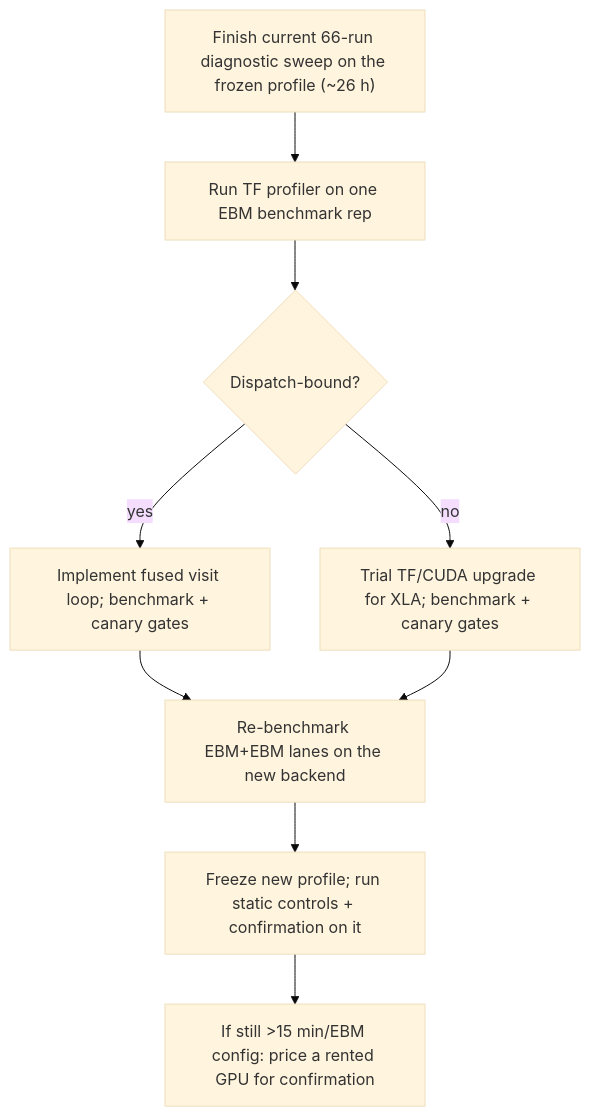
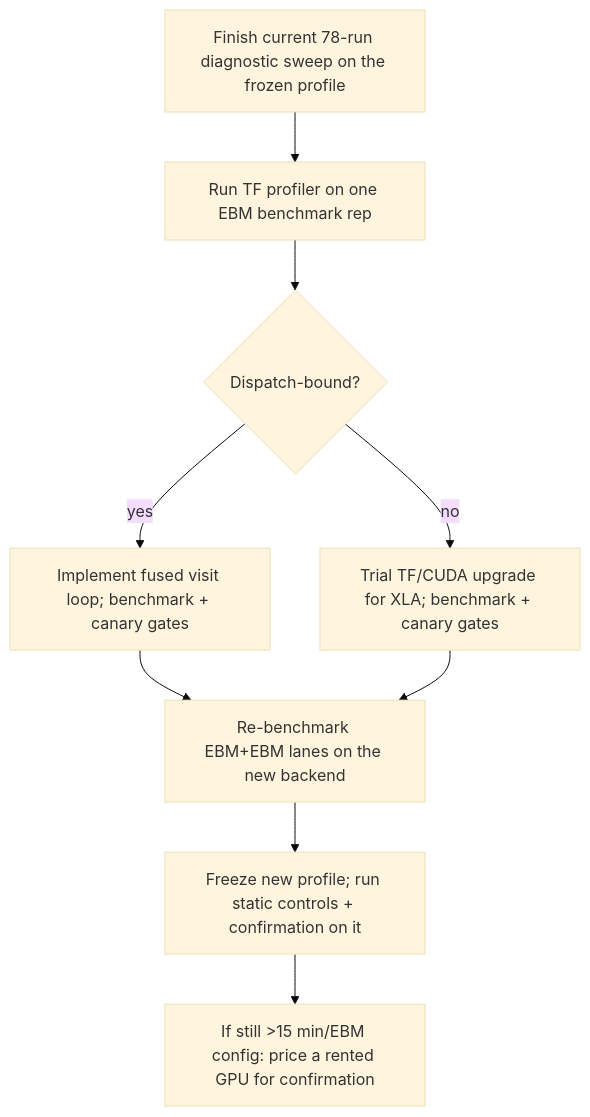
Before and after one commit to Ojaswi03/PaperMerge: the diagram in docs/Campaign4RuntimeResearch.md, drawn with Mermaid (base theme). The commit also changed other lines of this file and 82 other files, not shown here.

````diff
--- a/docs/Campaign4RuntimeResearch.md
+++ b/docs/Campaign4RuntimeResearch.md
@@ -100,16 +100,16 @@
 ```mermaid
 flowchart TD
-    A["Finish current 66-run diagnostic sweep on the frozen profile (~26 h)"]
+    A["Finish current 78-run diagnostic sweep on the frozen profile"]
     B["Run TF profiler on one EBM benchmark rep"]
     C{"Dispatch-bound?"}
     D["Implement fused visit loop; benchmark + canary gates"]
     E["Trial TF/CUDA upgrade for XLA; benchmark + canary gates"]
     F["Re-benchmark EBM+EBM lanes on the new backend"]
     G["Freeze new profile; run static controls + confirmation on it"]
     H["If still >15 min/EBM config: price a rented GPU for confirmation"]
 
     A --> B --> C
     C -- yes --> D --> F
     C -- no --> E --> F
     F --> G --> H
 ```
````
